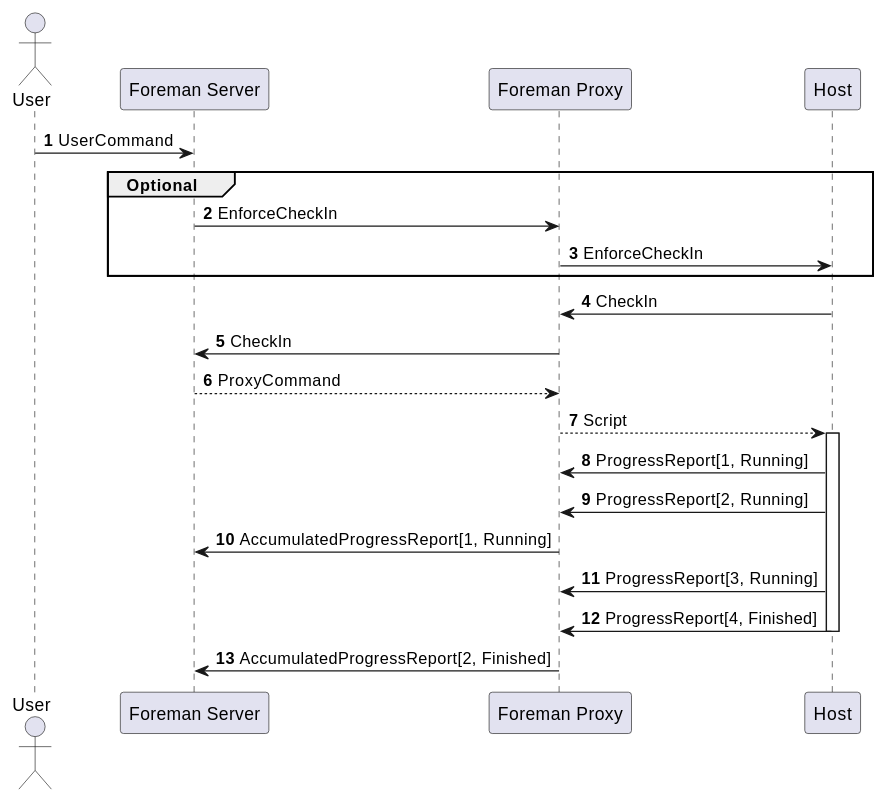
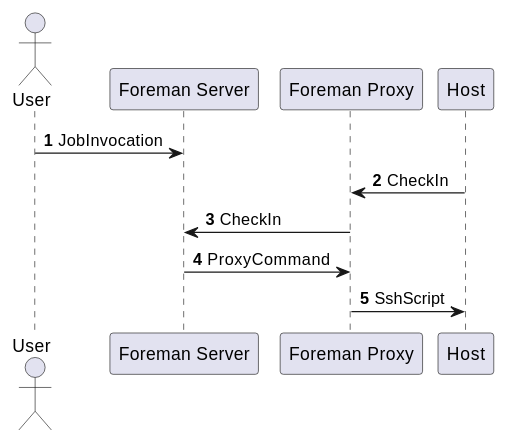
One commit to theforeman/foreman_remote_execution changed the second of 13 diagrams in doc/source/design/index.md. Above: the diagram before and after it, drawn with PlantUML. The commit also changed other lines of this file, not shown here.

Commit message:
Unify jobs vs. execution vs. command wording

```diff
--- a/doc/source/design/index.md
+++ b/doc/source/design/index.md
@@ -108,25 +104,13 @@
 {% plantuml %}
 actor User
 participant "Foreman Server" as Foreman
 participant "Foreman Proxy" as Proxy
 participant "Host" as Host
 
 autonumber
-User -> Foreman : UserCommand
-group Optional
-  Foreman -> Proxy : EnforceCheckIn
-  Proxy -> Host : EnforceCheckIn
-end
+User -> Foreman : JobInvocation
 Host -> Proxy : CheckIn
 Proxy -> Foreman : CheckIn
-Foreman --> Proxy : ProxyCommand
-Proxy --> Host : Script
-Activate Host
-Host -> Proxy : ProgressReport[1, Running]
-Host -> Proxy : ProgressReport[2, Running]
-Proxy -> Foreman : AccumulatedProgressReport[1, Running]
-Host -> Proxy : ProgressReport[3, Running]
-Host -> Proxy : ProgressReport[4, Finished]
-Deactivate Host
-Proxy -> Foreman : AccumulatedProgressReport[2, Finished]
+Foreman -> Proxy : ProxyCommand
+Proxy -> Host : SshScript
 {% endplantuml %}
```
